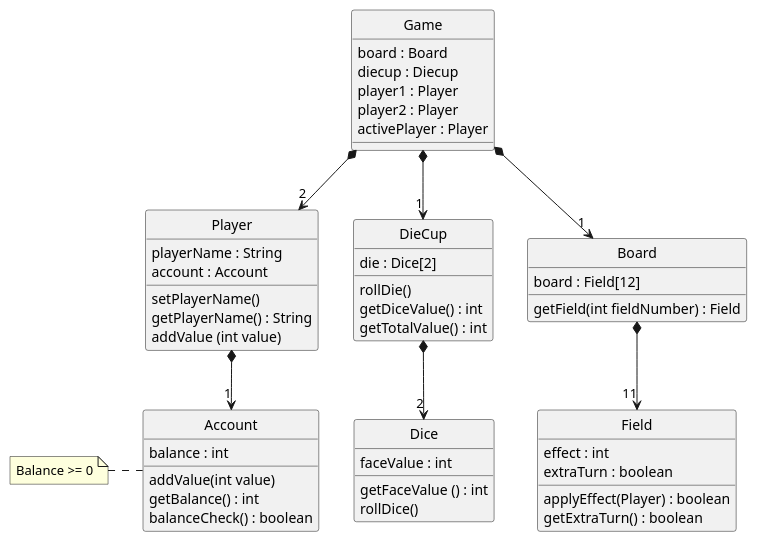
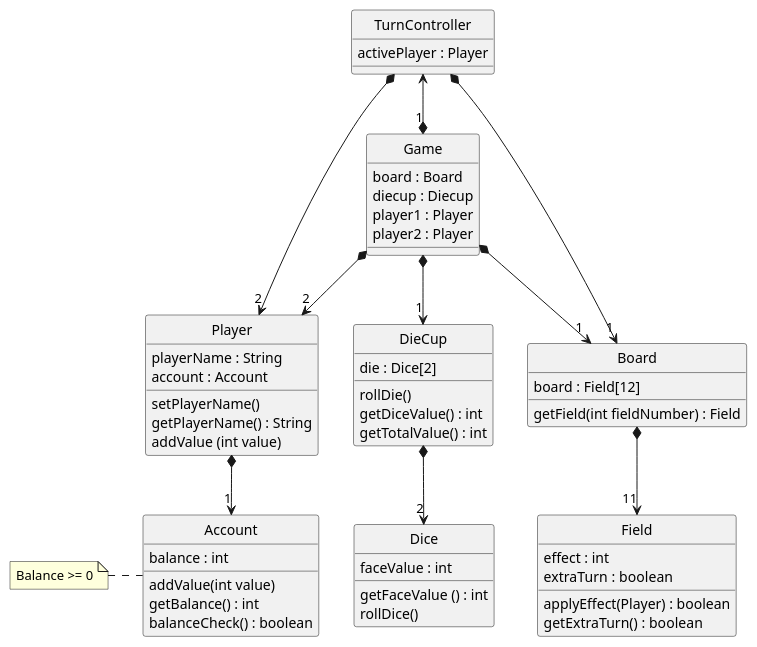
One commit to PhilipCramer/CDIO_del2 changed the diagram in src/main/resources/DesignClassDiagram.puml. Above: the diagram before and after it, drawn with PlantUML.

Commit message:
Modified DesignClassDiagram

```diff
--- a/src/main/resources/DesignClassDiagram.puml
+++ b/src/main/resources/DesignClassDiagram.puml
@@ -1,69 +1,75 @@
 @startuml ClassDiagram
 skinparam style strictuml
 
 class "Game" as Game {
     board : Board
     diecup : Diecup
     player1 : Player
     player2 : Player
+
+}
+class "TurnController" as TurnController {
     activePlayer : Player
-
+    
 }
 class "Player" as Player {
     playerName : String
     account : Account
 
     setPlayerName()
     getPlayerName() : String
     addValue (int value)
 
 }
 
 class "Account" as Account {
     balance : int
 
     addValue(int value)
     getBalance() : int
     balanceCheck() : boolean
 }
 note left
     Balance >= 0
     end note
 
 class "DieCup" as Diecup {
     die : Dice[2]
     
     rollDie()
     getDiceValue() : int
     getTotalValue() : int
 }
 
 class "Dice" as Dice {
     faceValue : int
 
     getFaceValue () : int
     rollDice()
 }
 
 class "Board" as Board {
     board : Field[12]
     
     getField(int fieldNumber) : Field
 }
 
 class "Field" as Field {
     effect : int
     extraTurn : boolean
 
     applyEffect(Player) : boolean
     getExtraTurn() : boolean
 }
 
 
 Player *--> "1" Account
 Game *--> "2" Player 
 Game *--> "1" Board
 Board  *--> "11" Field
 Game  *--> "1" Diecup
 Diecup *--> "2" Dice
+TurnController *--> "2" Player
+TurnController *--> "1" Board
+TurnController <--* "1" Game
 @enduml
```
